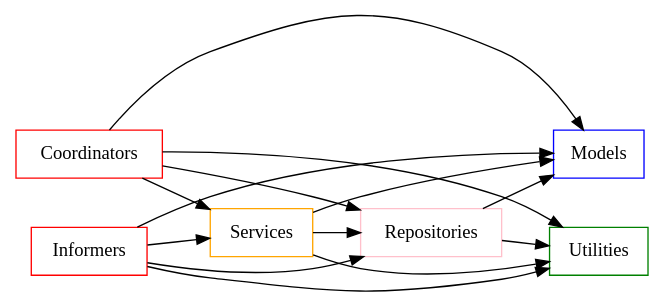
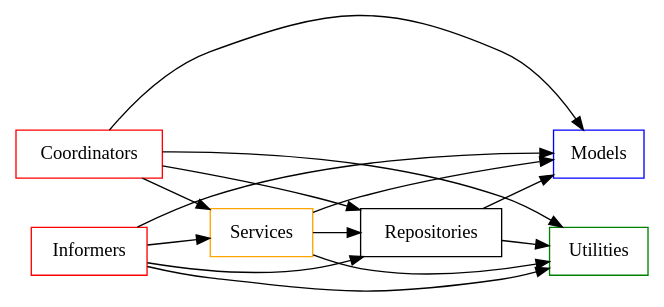
One commit to knowark/knowarkitecture changed the diagram in docs/2_implantacion/2.1_general/index.rst. Above: the diagram before and after it, drawn with Graphviz. The commit also changed other lines of this file and 24 other files, not shown here.

Commit message:
Update repositories and services

```diff
--- a/docs/2_implantacion/2.1_general/index.rst
+++ b/docs/2_implantacion/2.1_general/index.rst
@@ -29,15 +32,15 @@
 .. graphviz::
 
     digraph G {
-        rankdir=LR
+        rankdir = LR
         Coordinators [shape=box, color=red]
         Informers [shape=box, color=red] 
         Models [shape=box, color=blue]
-        Repositories [shape=box, color=pink] 
+        Repositories [shape=box]
         Utilities [shape=box, color=green] 
         Services [shape=box, color=orange]
-        Coordinators -> {Services, Models, Repositories, Utilities}
         Services -> {Models, Repositories, Utilities}
         Repositories -> {Models, Utilities}
         Informers -> {Services, Models, Utilities, Repositories}
+        Coordinators -> {Services, Models, Repositories, Utilities}
     }
```
